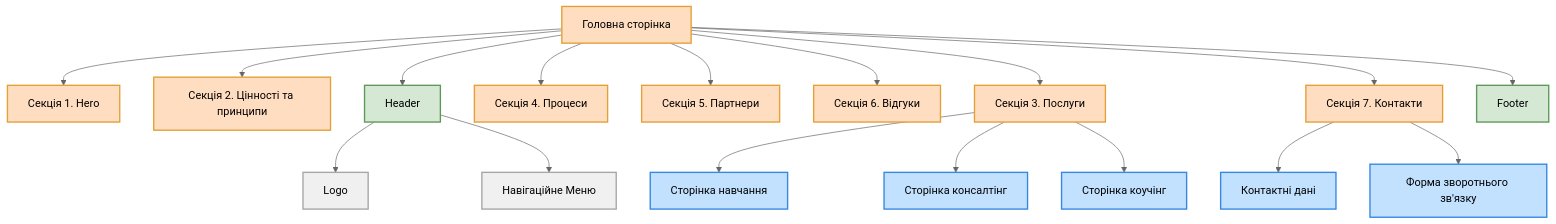
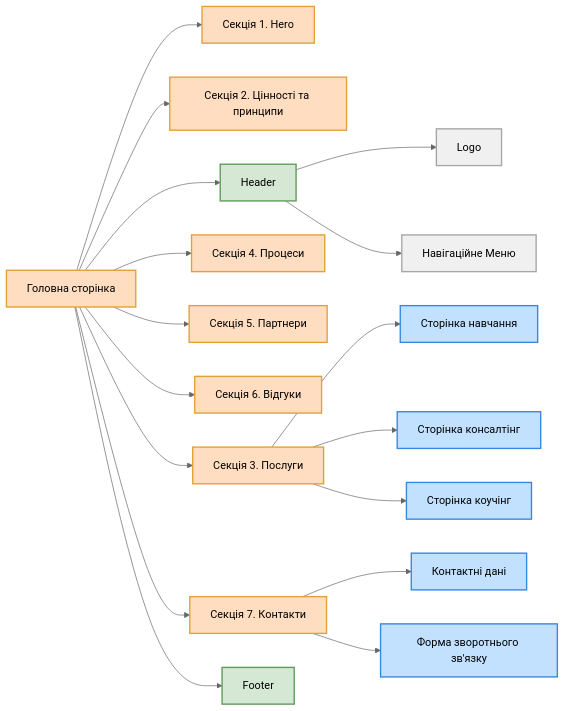
One commit to sergio-nezhigay/carptravel changed the diagram in README.md. Above: the diagram before and after it, drawn with Mermaid (neutral theme).

````diff
--- a/README.md
+++ b/README.md
@@ -57,49 +57,49 @@
 ```mermaid
-graph TD
+graph LR
 
   %% Секції
   style A fill:#FFDDC1, stroke:#E3A036, stroke-width:2px;
   style C fill:#FFDDC1, stroke:#E3A036, stroke-width:2px;
   style D fill:#FFDDC1, stroke:#E3A036, stroke-width:2px;
   style E fill:#FFDDC1, stroke:#E3A036, stroke-width:2px;
   style F fill:#FFDDC1, stroke:#E3A036, stroke-width:2px;
   style G fill:#FFDDC1, stroke:#E3A036, stroke-width:2px;
   style H fill:#FFDDC1, stroke:#E3A036, stroke-width:2px;
   style I fill:#FFDDC1, stroke:#E3A036, stroke-width:2px;
 
   %% Хедер і футер
   style B fill:#D5E8D4, stroke:#5E9959, stroke-width:2px;
   style L fill:#D5E8D4, stroke:#5E9959, stroke-width:2px;
 
   %% Сторінки
   style N fill:#C1E1FF, stroke:#3686E3, stroke-width:2px;
   style O fill:#C1E1FF, stroke:#3686E3, stroke-width:2px;
   style P fill:#C1E1FF, stroke:#3686E3, stroke-width:2px;
   style R fill:#C1E1FF, stroke:#3686E3, stroke-width:2px;
   style S fill:#C1E1FF, stroke:#3686E3, stroke-width:2px;
 
   %% Лого і навігаційне меню
   style J fill:#F0F0F0, stroke:#A6A6A6, stroke-width:2px;
   style K fill:#F0F0F0, stroke:#A6A6A6, stroke-width:2px;
 
   A[Головна сторінка] --> B[Header]
   A --> C[Секція 1. Hero]
   A --> D[Секція 2. Цінності та принципи]
   A --> E[Секція 3. Послуги]
   A --> F[Секція 4. Процеси]
   A --> G[Секція 5. Партнери]
   A --> H[Секція 6. Відгуки]
   A --> I[Секція 7. Контакти]
   A --> L[Footer]
 
   B --> J[Logo]
   B --> K[Навігаційне Меню]
 
   E --> N[Сторінка навчання]
   E --> O[Сторінка консалтінг]
   E --> P[Сторінка коучінг]
 
   I --> R[Контактні дані]
   I --> S[Форма зворотнього зв'язку]
 
 ```
````
